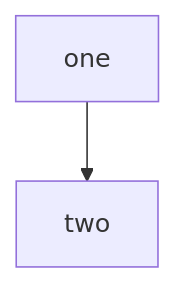
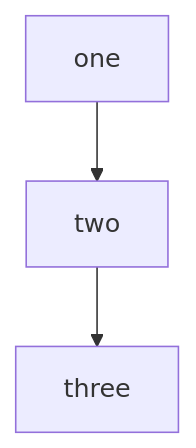
One commit to neil-props/markdown changed the diagram in Guide.md. Above: the diagram before and after it, drawn with Mermaid.

Commit message:
update to file

````diff
--- a/Guide.md
+++ b/Guide.md
@@ -13,5 +13,5 @@
 ```mermaid
     flowchart 
-        one --> two  
+        one --> two  --> three
 
 ```
````
